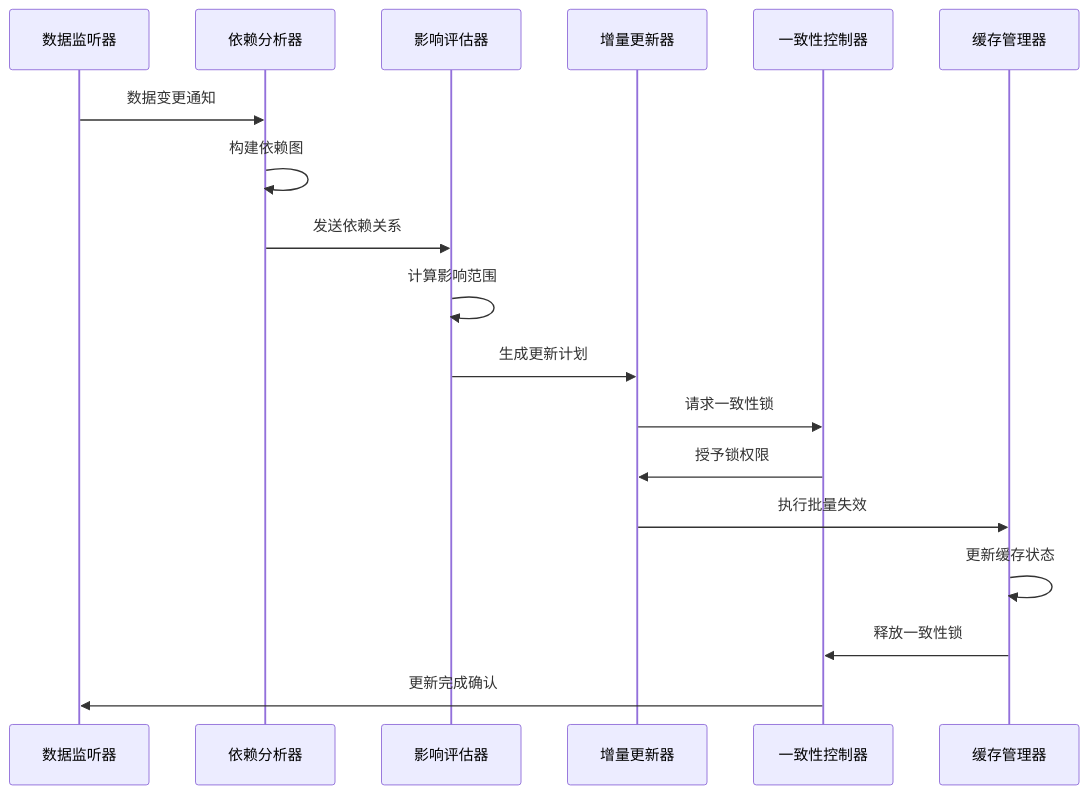
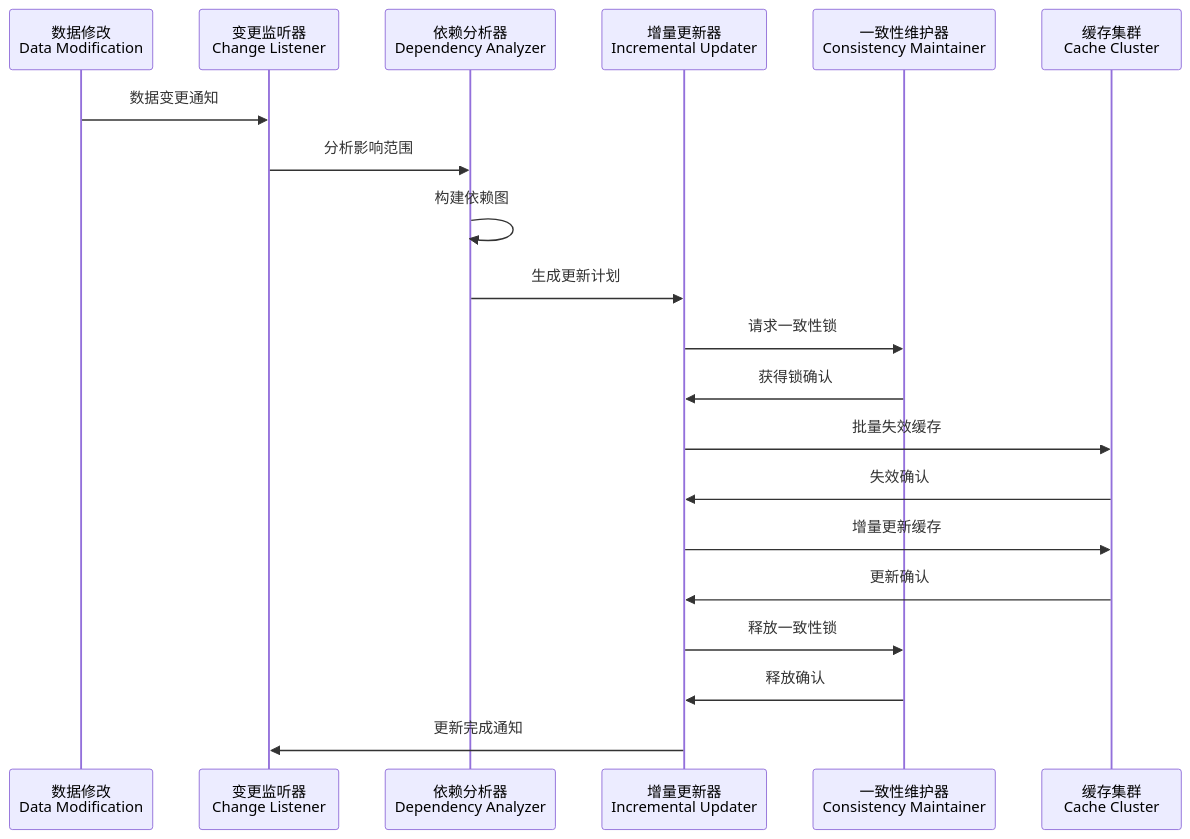
The fifth of 5 diagrams in md/第四章-动态缓存更新技术与持久化技术.md (crazypenguincode/duckdb), drawn with Mermaid before and after one commit. The commit also changed other lines of this file and 361 other files, not shown here.

````diff
--- a/md/第四章-动态缓存更新技术与持久化技术.md
+++ b/md/第四章-动态缓存更新技术与持久化技术.md
@@ -337,21 +589,28 @@
 ```mermaid
 sequenceDiagram
-    participant DM as 数据监听器
-    participant DA as 依赖分析器
-    participant IA as 影响评估器
-    participant IU as 增量更新器
-    participant CC as 一致性控制器
-    participant CM as 缓存管理器
+    participant DM as 数据修改<br/>Data Modification
+    participant CL as 变更监听器<br/>Change Listener
+    participant DA as 依赖分析器<br/>Dependency Analyzer
+    participant IU as 增量更新器<br/>Incremental Updater
+    participant CM as 一致性维护器<br/>Consistency Maintainer
+    participant CC as 缓存集群<br/>Cache Cluster
     
-    DM->>DA: 数据变更通知
+    DM->>CL: 数据变更通知
+    CL->>DA: 分析影响范围
     DA->>DA: 构建依赖图
-    DA->>IA: 发送依赖关系
-    IA->>IA: 计算影响范围
-    IA->>IU: 生成更新计划
-    IU->>CC: 请求一致性锁
-    CC->>IU: 授予锁权限
-    IU->>CM: 执行批量失效
-    CM->>CM: 更新缓存状态
-    CM->>CC: 释放一致性锁
-    CC->>DM: 更新完成确认
+    DA->>IU: 生成更新计划
+    
+    IU->>CM: 请求一致性锁
+    CM->>IU: 获得锁确认
+    
+    IU->>CC: 批量失效缓存
+    CC->>IU: 失效确认
+    
+    IU->>CC: 增量更新缓存
+    CC->>IU: 更新确认
+    
+    IU->>CM: 释放一致性锁
+    CM->>IU: 释放确认
+    
+    IU->>CL: 更新完成通知
 ```
````
